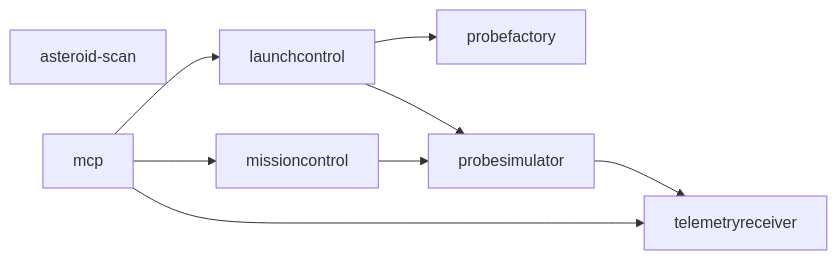
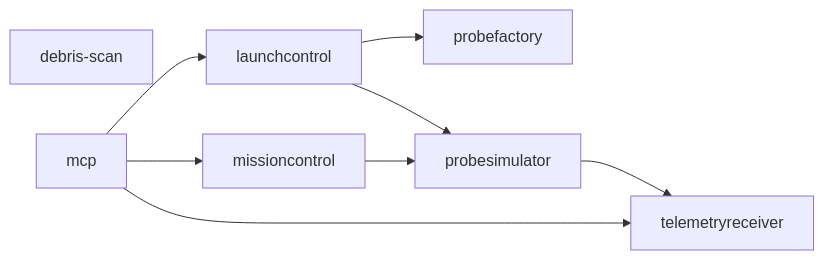
The diagram in docs/architecture.mmd (cyrilcathala/dotnet-11), drawn with Mermaid before and after one commit. The commit also changed 7 other files, not shown here.

Commit message:
feat(debris): debris-scan remplace asteroid-scan, sortie à la première conjonction

```diff
--- a/docs/architecture.mmd
+++ b/docs/architecture.mmd
@@ -1,15 +1,15 @@
 flowchart LR
-    resource0["asteroid-scan"]
+    resource0["debris-scan"]
     resource1["launchcontrol"]
     resource2["mcp"]
     resource3["missioncontrol"]
     resource4["probefactory"]
     resource5["probesimulator"]
     resource6["telemetryreceiver"]
     resource1 --> resource4
     resource1 --> resource5
     resource2 --> resource1
     resource2 --> resource3
     resource2 --> resource6
     resource3 --> resource5
     resource5 --> resource6
```
